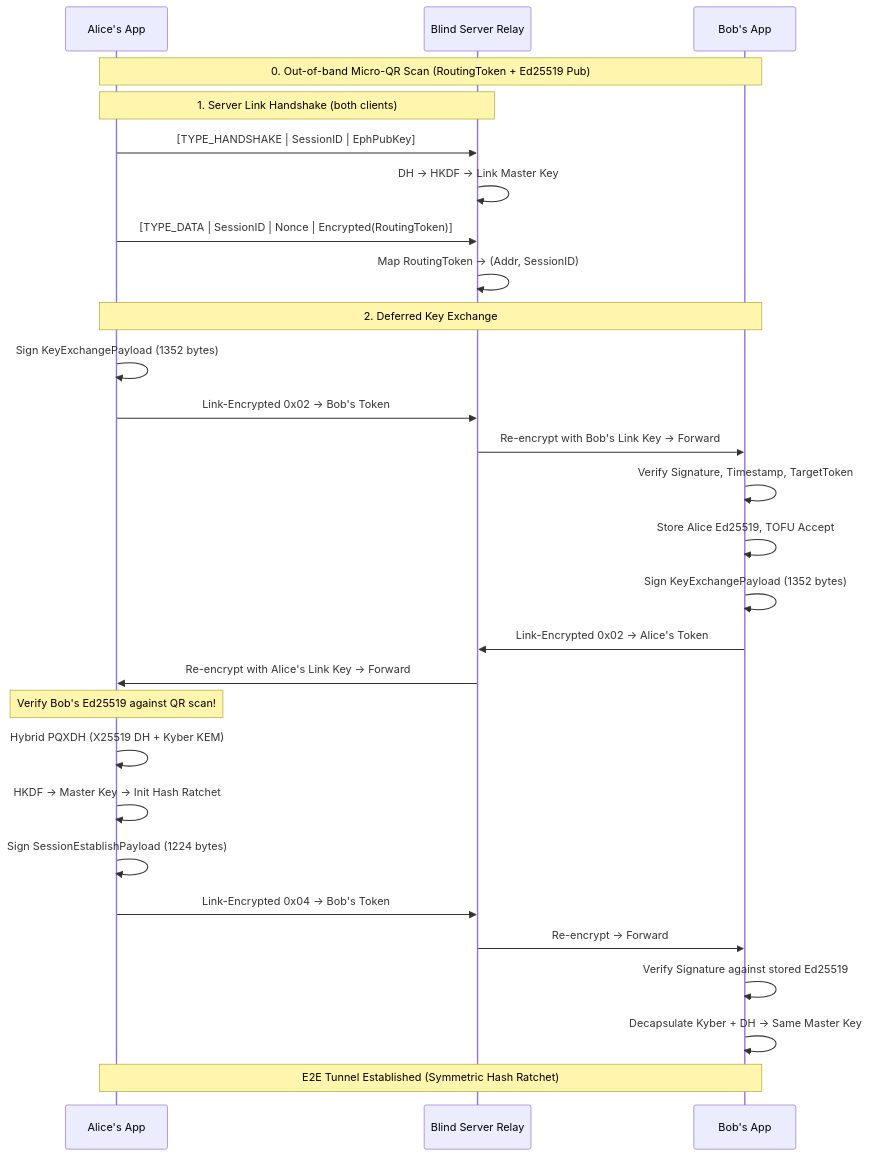
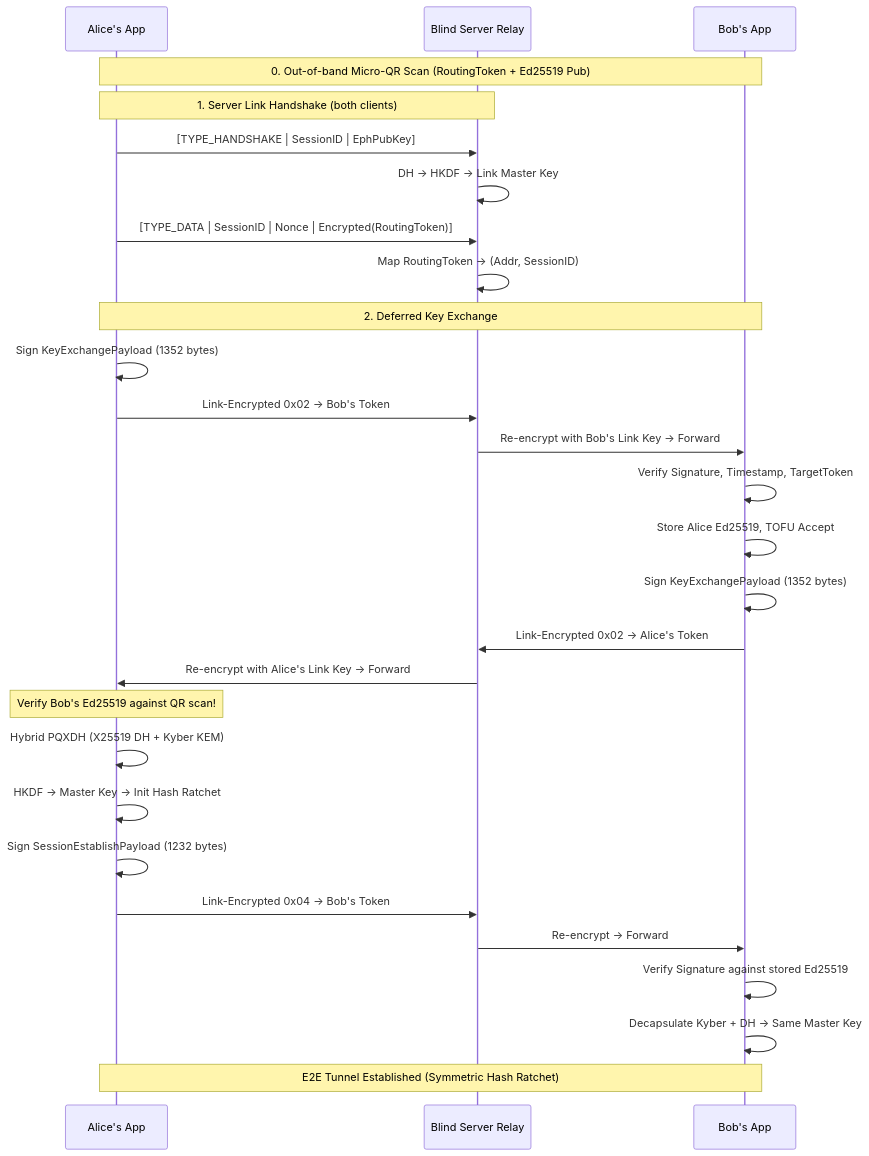
Before and after one commit to Lxadams/Cryptogram: the diagram in documentations/doable-cryptographic-flow.md, drawn with Mermaid. The commit also changed other lines of this file and 33 other files, not shown here.

````diff
--- a/documentations/doable-cryptographic-flow.md
+++ b/documentations/doable-cryptographic-flow.md
@@ -76,37 +81,37 @@
 ```mermaid
 sequenceDiagram
     participant A as Alice's App
     participant S as Blind Server Relay
     participant B as Bob's App
 
     Note over A, B: 0. Out-of-band Micro-QR Scan (RoutingToken + Ed25519 Pub)
     
     Note over A, S: 1. Server Link Handshake (both clients)
     A->>S: [TYPE_HANDSHAKE | SessionID | EphPubKey]
     S->>S: DH → HKDF → Link Master Key
     A->>S: [TYPE_DATA | SessionID | Nonce | Encrypted(RoutingToken)]
     S->>S: Map RoutingToken → (Addr, SessionID)
 
     Note over A, B: 2. Deferred Key Exchange
     A->>A: Sign KeyExchangePayload (1352 bytes)
     A->>S: Link-Encrypted 0x02 → Bob's Token
     S->>B: Re-encrypt with Bob's Link Key → Forward
     
     B->>B: Verify Signature, Timestamp, TargetToken
     B->>B: Store Alice Ed25519, TOFU Accept
     B->>B: Sign KeyExchangePayload (1352 bytes)
     B->>S: Link-Encrypted 0x02 → Alice's Token
     S->>A: Re-encrypt with Alice's Link Key → Forward
 
     Note over A: Verify Bob's Ed25519 against QR scan!
     
     A->>A: Hybrid PQXDH (X25519 DH + Kyber KEM)
     A->>A: HKDF → Master Key → Init Hash Ratchet
-    A->>A: Sign SessionEstablishPayload (1224 bytes)
+    A->>A: Sign SessionEstablishPayload (1232 bytes)
     A->>S: Link-Encrypted 0x04 → Bob's Token
     S->>B: Re-encrypt → Forward
     
     B->>B: Verify Signature against stored Ed25519
     B->>B: Decapsulate Kyber + DH → Same Master Key
     Note over A, B: E2E Tunnel Established (Symmetric Hash Ratchet)
 ```
````
